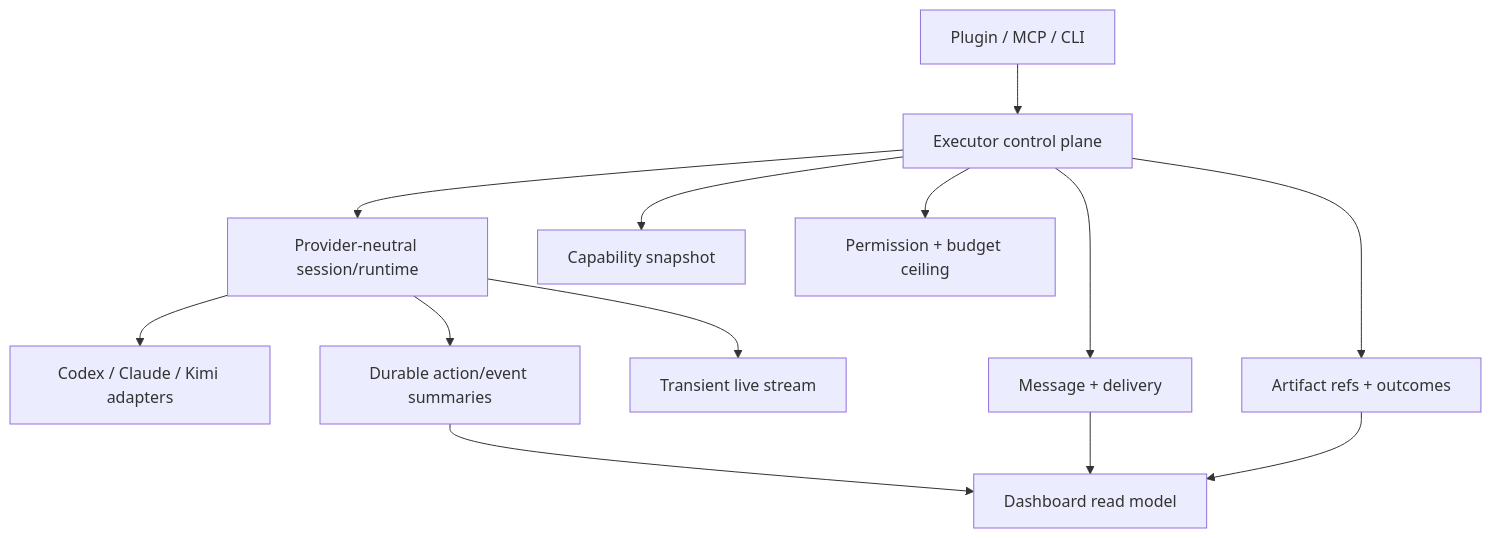
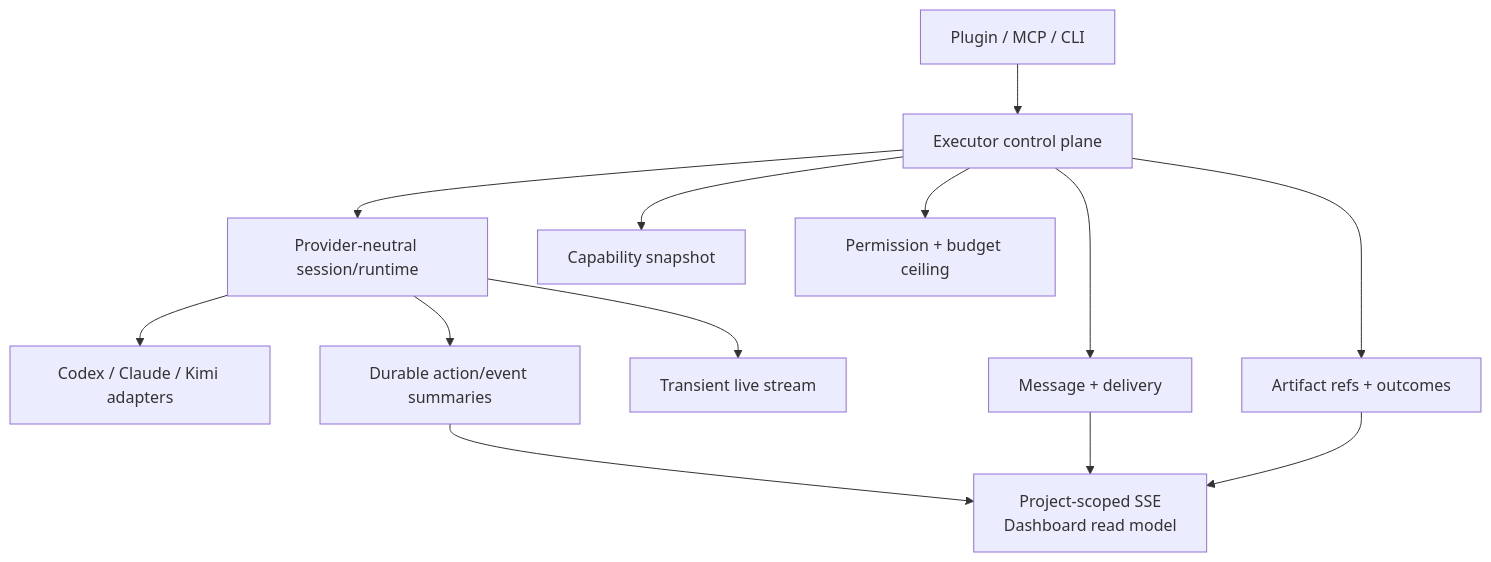
Before and after one commit to cyl19970726/multi-agent-harness: the fourth of 4 diagrams in docs/architecture-map.md, drawn with Mermaid. The commit also changed other lines of this file and 24 other files, not shown here.

````diff
--- a/docs/architecture-map.md
+++ b/docs/architecture-map.md
@@ -97,15 +97,15 @@
 ```mermaid
 flowchart TB
   Entry["Plugin / MCP / CLI"] --> Control["Executor control plane"]
   Control --> Session["Provider-neutral session/runtime"]
   Session --> Adapters["Codex / Claude / Kimi adapters"]
   Control --> Capability["Capability snapshot"]
   Control --> Policy["Permission + budget ceiling"]
   Control --> Messages["Message + delivery"]
   Control --> Artifacts["Artifact refs + outcomes"]
   Session --> Durable["Durable action/event summaries"]
   Session --> Live["Transient live stream"]
-  Durable --> ReadModel["Dashboard read model"]
+  Durable --> ReadModel["Project-scoped SSE<br/>Dashboard read model"]
   Messages --> ReadModel
   Artifacts --> ReadModel
 ```
````
